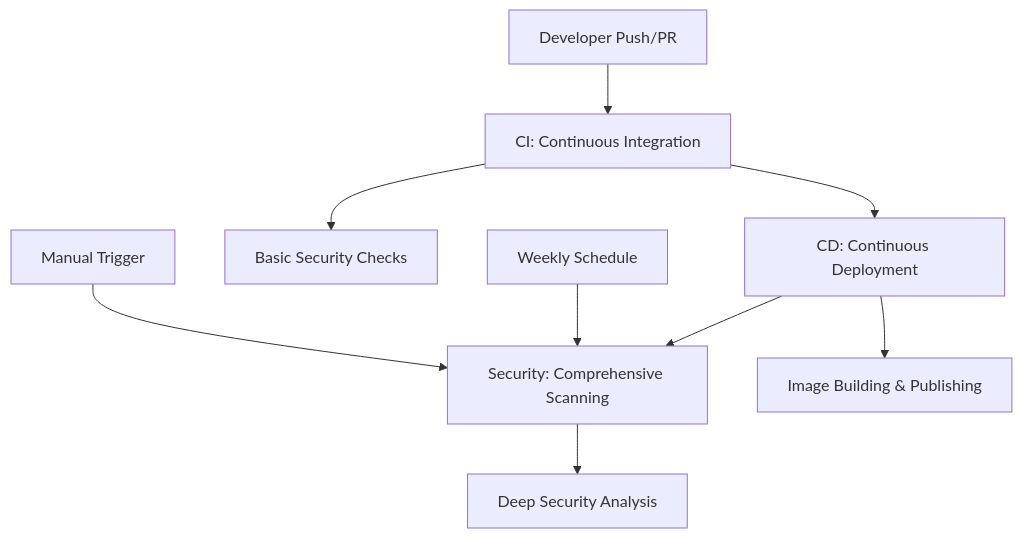
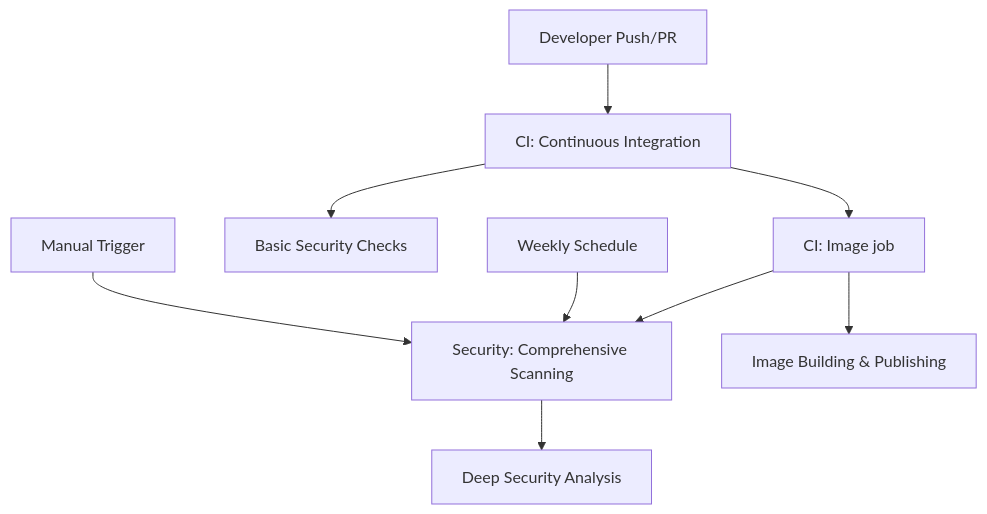
The diagram in docs/SECURITY_ARCHITECTURE.md (lipkau/mealie_translate), drawn with Mermaid before and after one commit. The commit also changed other lines of this file and 15 other files, not shown here.

````diff
--- a/docs/SECURITY_ARCHITECTURE.md
+++ b/docs/SECURITY_ARCHITECTURE.md
@@ -9,13 +9,13 @@
 ```mermaid
 graph TD
     A[Developer Push/PR] --> B[CI: Continuous Integration]
-    B --> C[CD: Continuous Deployment]
+    B --> C[CI: Image job]
     C --> D[Security: Comprehensive Scanning]
 
     B --> E[Basic Security Checks]
     C --> F[Image Building & Publishing]
     D --> G[Deep Security Analysis]
 
     H[Weekly Schedule] --> D
     I[Manual Trigger] --> D
 ```
````
